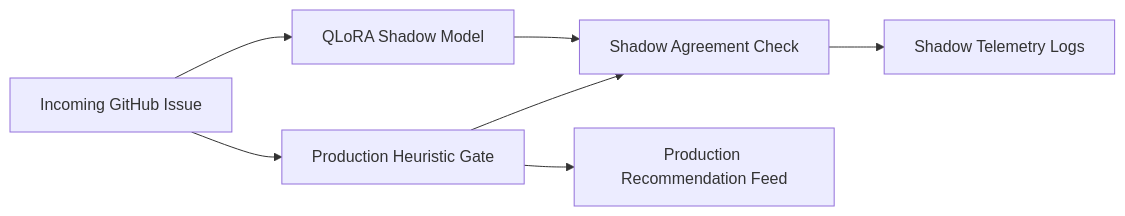
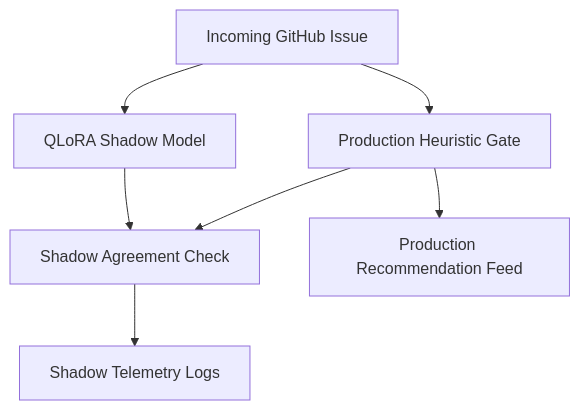
The third of 3 diagrams in README.md (sriharizz/gitnova), drawn with Mermaid before and after one commit. The commit also changed other lines of this file, not shown here.

Commit message:
docs: convert mermaid architecture diagrams to vertical flowchart TD layout

````diff
--- a/README.md
+++ b/README.md
@@ -135,9 +131,9 @@
 ```mermaid
-flowchart LR
+flowchart TD
     Issue["Incoming GitHub Issue"] --> ProdGate["Production Heuristic Gate"]
     Issue --> ShadowQLoRA["QLoRA Shadow Model"]
     ProdGate --> Comp["Shadow Agreement Check"]
     ShadowQLoRA --> Comp
     Comp --> Telemetry["Shadow Telemetry Logs"]
     ProdGate --> LiveFeed["Production Recommendation Feed"]
 ```
````
